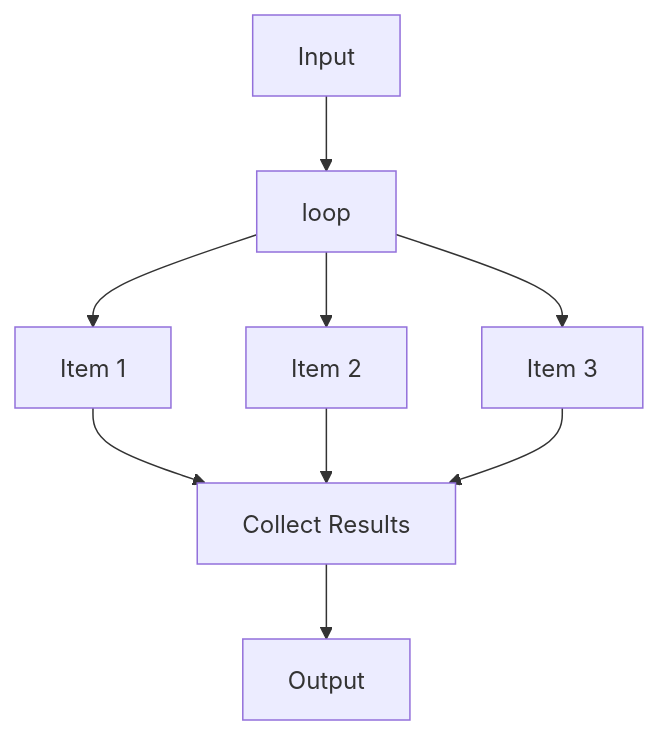
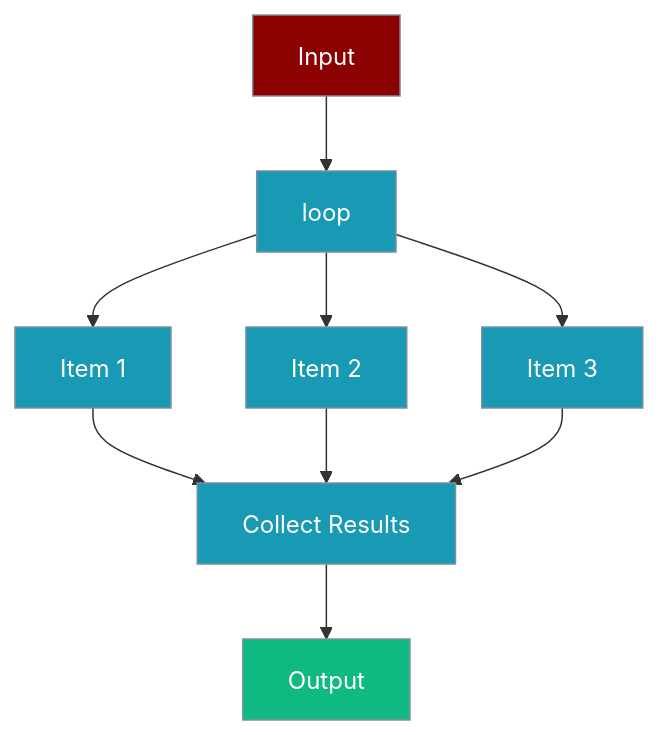
One commit to MervinPraison/PraisonAIDocs changed the diagram in docs/features/workflow-loop.mdx. Above: the diagram before and after it, drawn with Mermaid. The commit also changed other lines of this file and 19 other files, not shown here.

````diff
--- a/docs/features/workflow-loop.mdx
+++ b/docs/features/workflow-loop.mdx
@@ -10,11 +10,19 @@
 ```mermaid
 graph TD
     A[Input] --> B[loop]
     B --> C[Item 1]
     B --> D[Item 2]
     B --> E[Item 3]
     C --> F[Collect Results]
     D --> F
     E --> F
     F --> G[Output]
+    classDef agent fill:#8B0000,stroke:#7C90A0,color:#fff
+    classDef tool fill:#189AB4,stroke:#7C90A0,color:#fff
+    classDef success fill:#10B981,stroke:#7C90A0,color:#fff
+    class A agent
+    class B tool
+    class C,D,E,F tool
+    class G success
+
 ```
````
